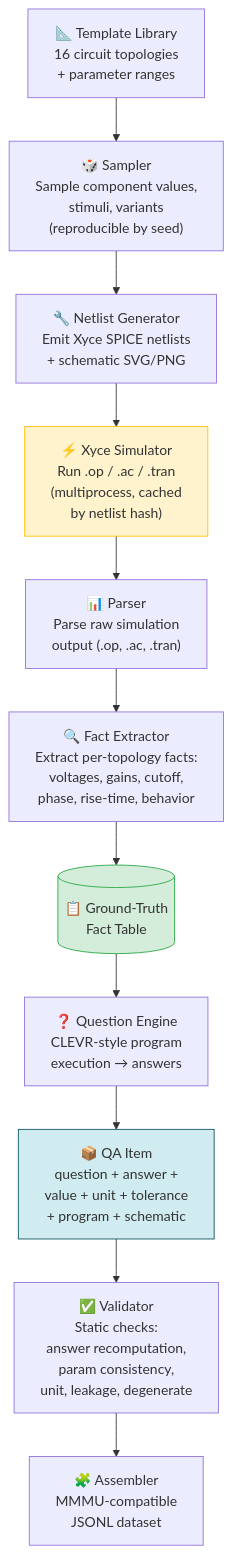
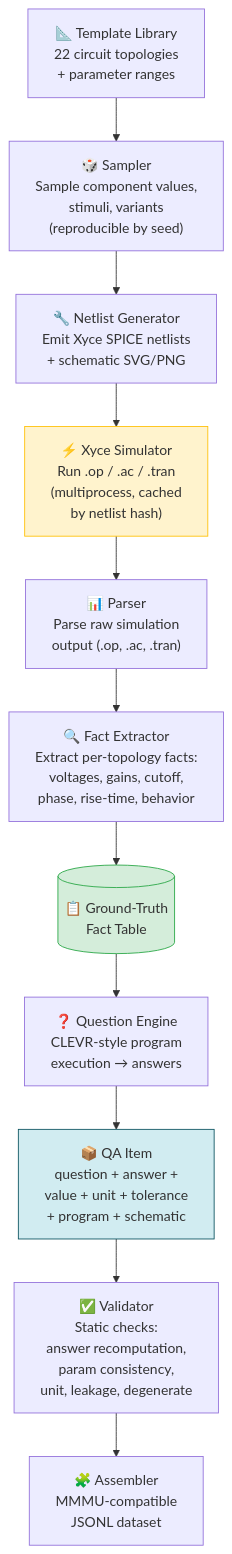
Before and after one commit to xiechao06/electronics-qa-generator: the diagram in README.md, drawn with Mermaid. The commit also changed other lines of this file and 17 other files, not shown here.

Commit message:
Add 6 new topologies from Schaum's (22 total, 81 QA/seed): noninverting op-amp, difference amp, summing amp, current divider, AC RL series, DC nodal w/ current source

````diff
--- a/README.md
+++ b/README.md
@@ -131,17 +131,17 @@
 ```mermaid
 flowchart TD
-    T["📐 Template Library<br/>16 circuit topologies<br/>+ parameter ranges"] --> S["🎲 Sampler<br/>Sample component values,<br/>stimuli, variants<br/>(reproducible by seed)"]
+    T["📐 Template Library<br/>22 circuit topologies<br/>+ parameter ranges"] --> S["🎲 Sampler<br/>Sample component values,<br/>stimuli, variants<br/>(reproducible by seed)"]
     S --> N["🔧 Netlist Generator<br/>Emit Xyce SPICE netlists<br/>+ schematic SVG/PNG"]
     N --> X["⚡ Xyce Simulator<br/>Run .op / .ac / .tran<br/>(multiprocess, cached<br/>by netlist hash)"]
     X --> P["📊 Parser<br/>Parse raw simulation<br/>output (.op, .ac, .tran)"]
     P --> F["🔍 Fact Extractor<br/>Extract per-topology facts:<br/>voltages, gains, cutoff,<br/>phase, rise-time, behavior"]
     F --> FT[("📋 Ground-Truth<br/>Fact Table")]
     FT --> QE["❓ Question Engine<br/>CLEVR-style program<br/>execution → answers"]
     QE --> QA["📦 QA Item<br/>question + answer +<br/>value + unit + tolerance<br/>+ program + schematic"]
     QA --> V["✅ Validator<br/>Static checks:<br/>answer recomputation,<br/>param consistency,<br/>unit, leakage, degenerate"]
     V --> A["🧩 Assembler<br/>MMMU-compatible<br/>JSONL dataset"]
 
     style X fill:#fff3cd,stroke:#ffc107
     style FT fill:#d4edda,stroke:#28a745
     style QA fill:#d1ecf1,stroke:#0c5460
 ```
````
